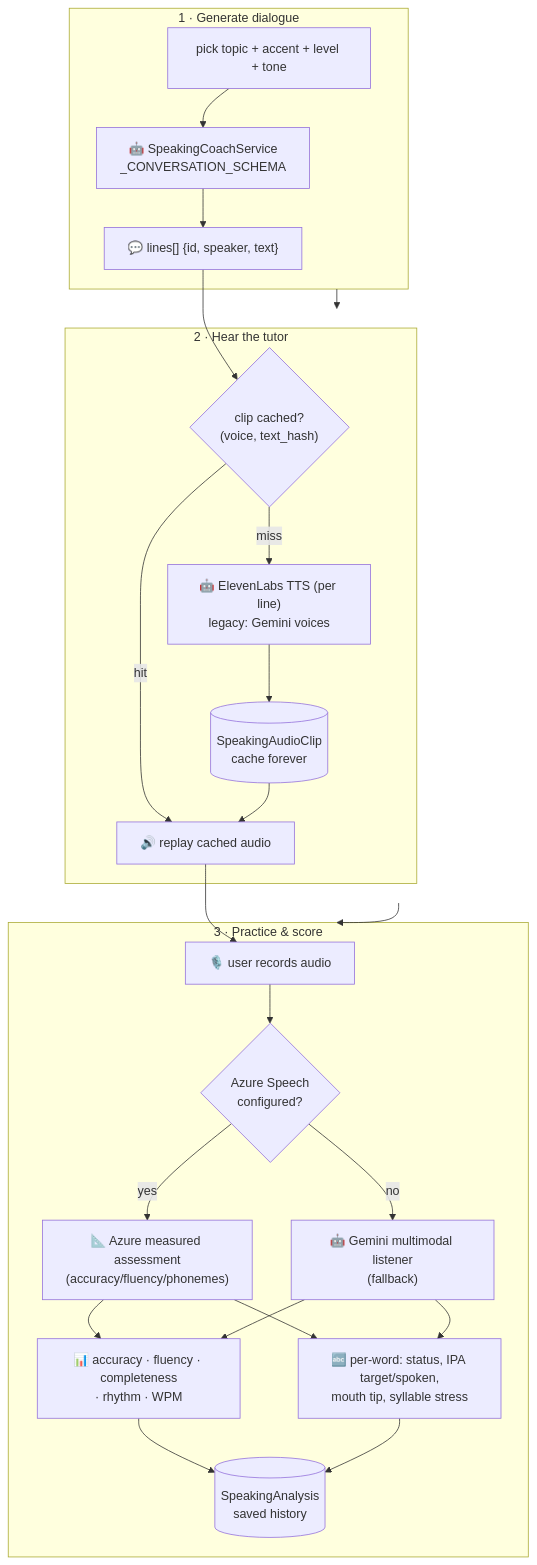
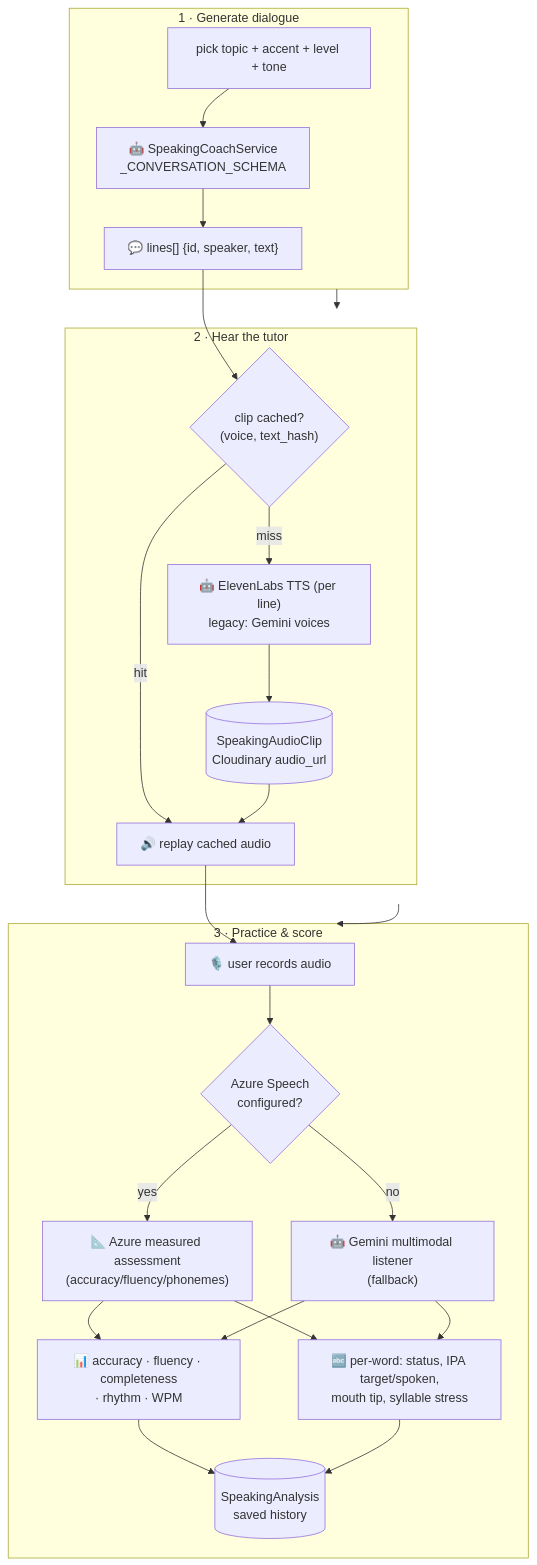
One commit to ngovandong/flashlearn changed diagram 11 of 18 in ARCHITECTURE.md. Above: the diagram before and after it, drawn with Mermaid. The commit also changed other lines of this file and 453 other files, not shown here.

````diff
--- a/ARCHITECTURE.md
+++ b/ARCHITECTURE.md
@@ -640,30 +728,30 @@
 ```mermaid
 flowchart TB
     subgraph gen["1 · Generate dialogue"]
         Topic["pick topic + accent + level + tone"] --> GenAI["🤖 SpeakingCoachService<br/>_CONVERSATION_SCHEMA"]
         GenAI --> Lines["💬 lines[] {id, speaker, text}"]
     end
 
     subgraph tts["2 · Hear the tutor"]
         Lines --> Clip{"clip cached?<br/>(voice, text_hash)"}
         Clip -->|hit| Play["🔊 replay cached audio"]
         Clip -->|miss| Synth["🤖 ElevenLabs TTS (per line)<br/>legacy: Gemini voices"]
-        Synth --> Store[("SpeakingAudioClip<br/>cache forever")]
+        Synth --> Store[("SpeakingAudioClip<br/>Cloudinary audio_url")]
         Store --> Play
     end
 
     subgraph rec["3 · Practice & score"]
         Play --> Rec["🎙️ user records audio"]
         Rec --> Assess{"Azure Speech<br/>configured?"}
         Assess -->|yes| Azure["📐 Azure measured assessment<br/>(accuracy/fluency/phonemes)"]
         Assess -->|no| Listen["🤖 Gemini multimodal listener<br/>(fallback)"]
         Azure --> Scores["📊 accuracy · fluency · completeness<br/>· rhythm · WPM"]
         Listen --> Scores
         Azure --> Words["🔤 per-word: status, IPA target/spoken,<br/>mouth tip, syllable stress"]
         Listen --> Words
         Scores --> Hist[("SpeakingAnalysis<br/>saved history")]
         Words --> Hist
     end
 
     gen --> tts --> rec
 ```
````
